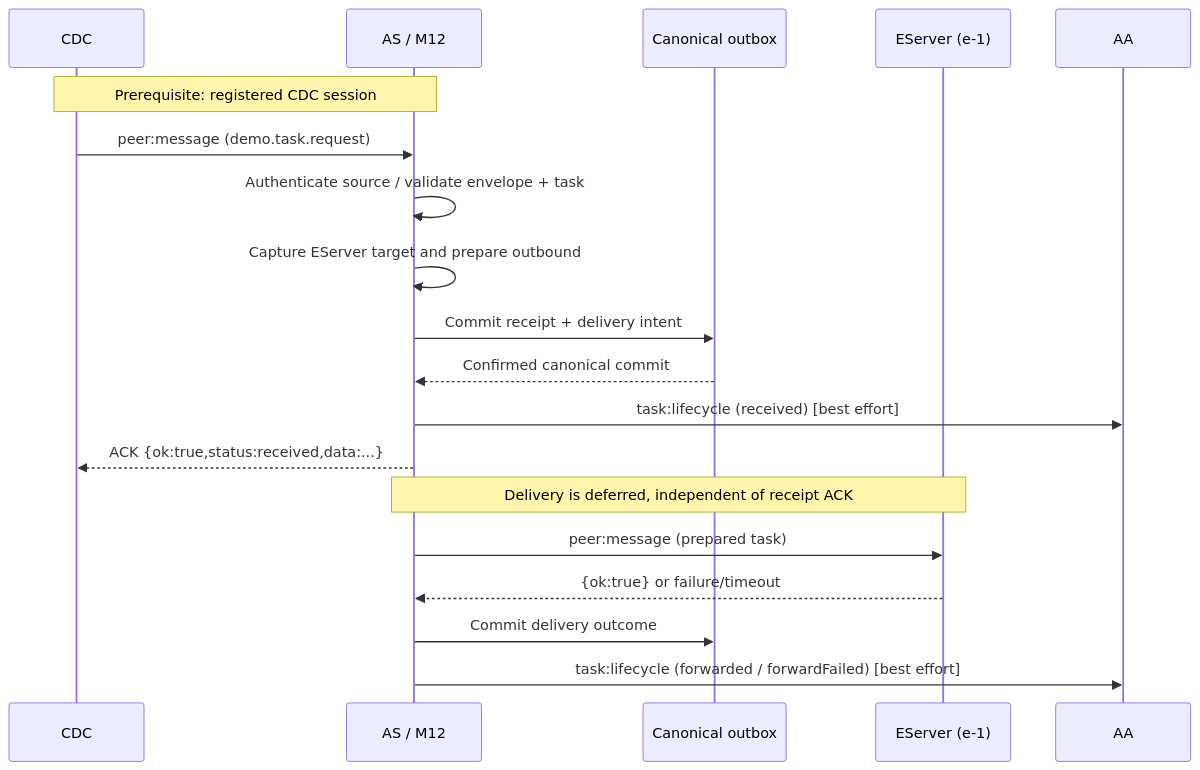
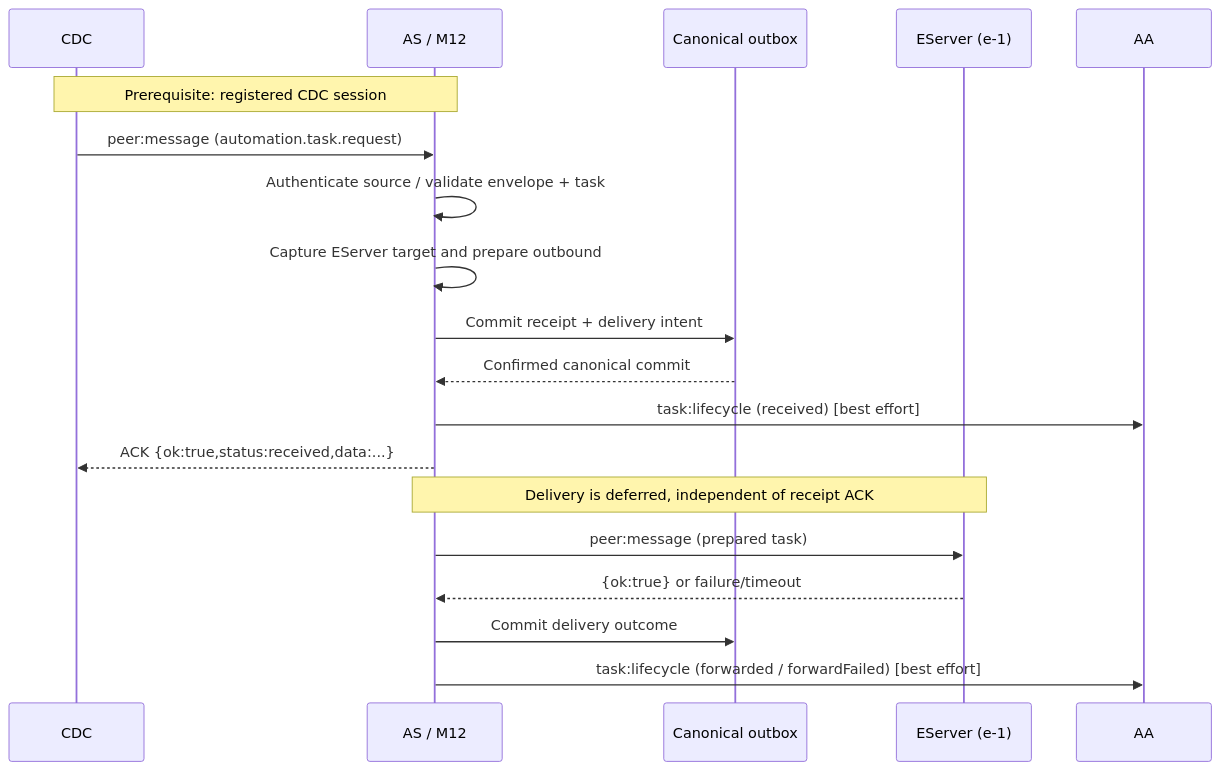
One commit to vutuantrung/base-aa-backend changed the second of 2 diagrams in docs/flows/DF-07_CDC_TASK_REQUEST_INTEGRATION.md. Above: the diagram before and after it, drawn with Mermaid. The commit also changed other lines of this file and 21 other files, not shown here.

````diff
--- a/docs/flows/DF-07_CDC_TASK_REQUEST_INTEGRATION.md
+++ b/docs/flows/DF-07_CDC_TASK_REQUEST_INTEGRATION.md
@@ -160,21 +160,21 @@
 ```mermaid
 sequenceDiagram
   participant P as CDC
   participant A as AS / M12
   participant O as Canonical outbox
   participant E as EServer (e-1)
   participant U as AA
   Note over P,A: Prerequisite: registered CDC session
-  P->>A: peer:message (demo.task.request)
+  P->>A: peer:message (automation.task.request)
   A->>A: Authenticate source / validate envelope + task
   A->>A: Capture EServer target and prepare outbound
   A->>O: Commit receipt + delivery intent
   O-->>A: Confirmed canonical commit
   A->>U: task:lifecycle (received) [best effort]
   A-->>P: ACK {ok:true,status:received,data:...}
   Note over A,E: Delivery is deferred, independent of receipt ACK
   A->>E: peer:message (prepared task)
   E-->>A: {ok:true} or failure/timeout
   A->>O: Commit delivery outcome
   A->>U: task:lifecycle (forwarded / forwardFailed) [best effort]
 ```
````
